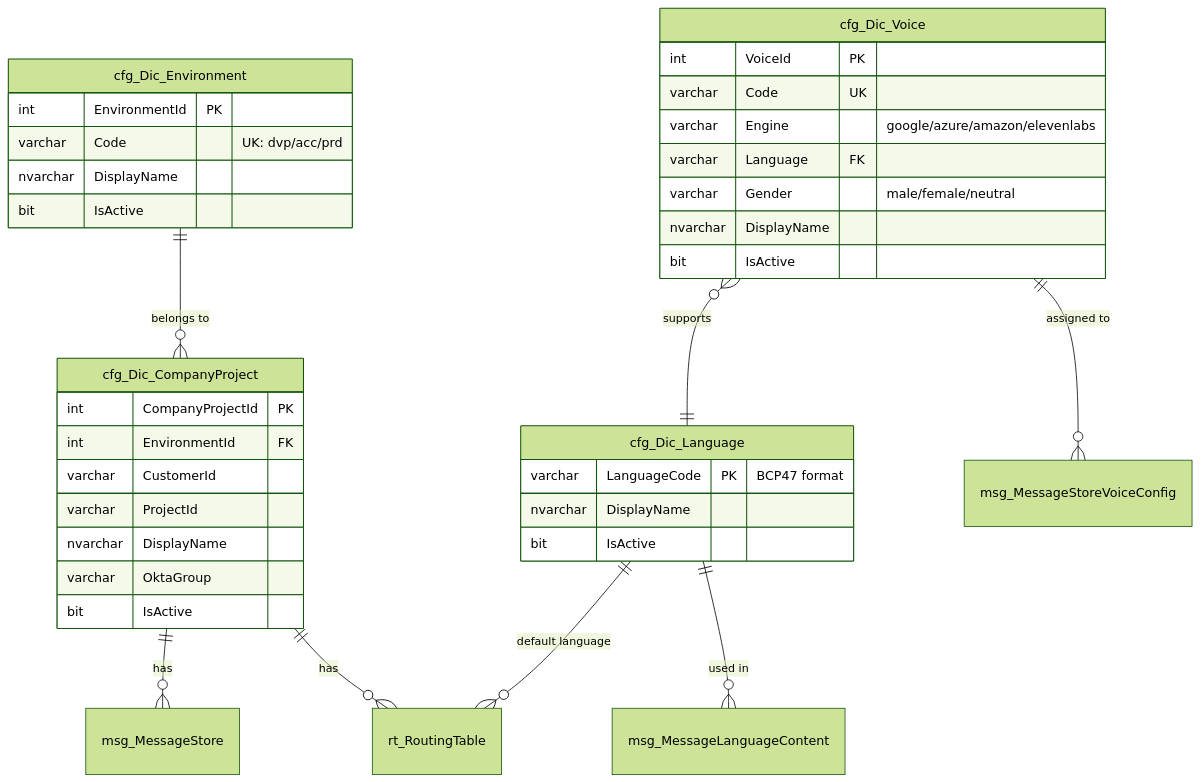
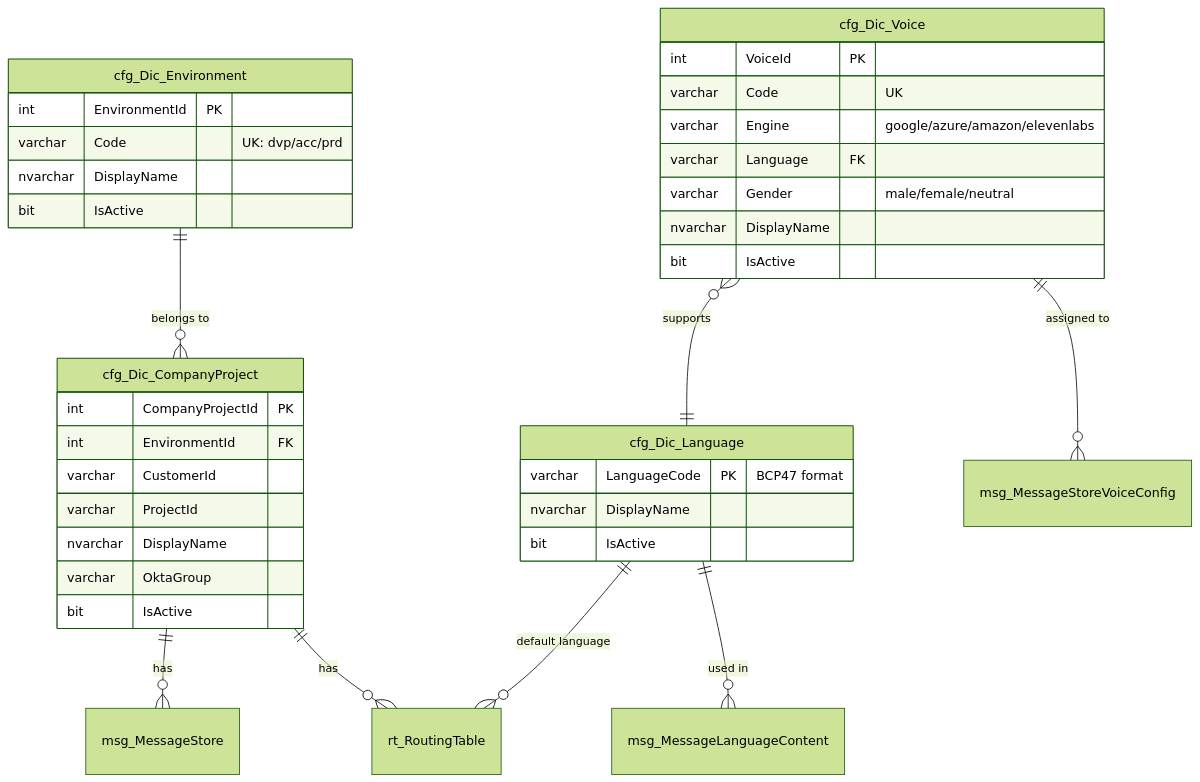
The first of 5 diagrams in docs/DATABASE_SCHEMA.md (MertensMattias/routing-data-layer-doc), drawn with Mermaid (forest theme) before and after one commit. The commit also changed other lines of this file and 1 other file, not shown here.

Commit message:
Update README.md to correct paths for design documents and modify DATABASE_SCHEMA.md to clarify unique key annotations and rename fields for consistency.

````diff
--- a/docs/DATABASE_SCHEMA.md
+++ b/docs/DATABASE_SCHEMA.md
@@ -63,43 +63,43 @@
 ```mermaid
 erDiagram
     cfg_Dic_CompanyProject ||--o{ rt_RoutingTable : "has"
     cfg_Dic_CompanyProject ||--o{ msg_MessageStore : "has"
     cfg_Dic_Environment ||--o{ cfg_Dic_CompanyProject : "belongs to"
     cfg_Dic_Language ||--o{ msg_MessageLanguageContent : "used in"
     cfg_Dic_Language ||--o{ rt_RoutingTable : "default language"
     cfg_Dic_Voice ||--o{ msg_MessageStoreVoiceConfig : "assigned to"
     cfg_Dic_Voice }o--|| cfg_Dic_Language : "supports"
 
     cfg_Dic_CompanyProject {
         int CompanyProjectId PK
         int EnvironmentId FK
         varchar CustomerId
         varchar ProjectId
         nvarchar DisplayName
         varchar OktaGroup
         bit IsActive
     }
 
     cfg_Dic_Environment {
         int EnvironmentId PK
         varchar Code "UK: dvp/acc/prd"
         nvarchar DisplayName
         bit IsActive
     }
 
     cfg_Dic_Language {
         varchar LanguageCode PK "BCP47 format"
         nvarchar DisplayName
         bit IsActive
     }
 
     cfg_Dic_Voice {
         int VoiceId PK
-        varchar Code UK
+        varchar Code "UK"
         varchar Engine "google/azure/amazon/elevenlabs"
         varchar Language FK
         varchar Gender "male/female/neutral"
         nvarchar DisplayName
         bit IsActive
     }
 ```
````
